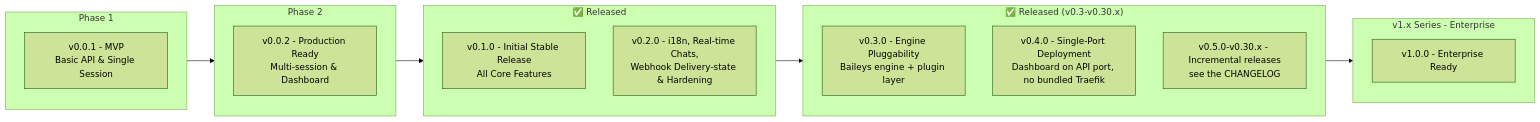
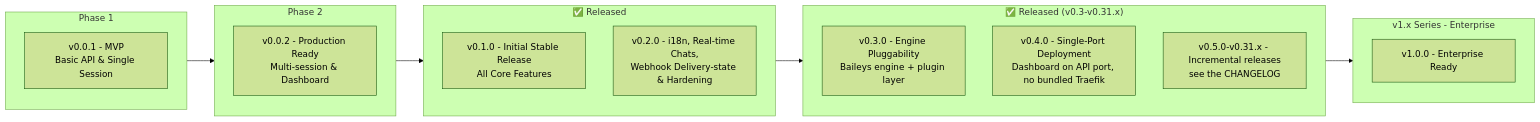
One commit to rmyndharis/OpenWA changed the sixth of 7 diagrams in docs/15-project-roadmap.md. Above: the diagram before and after it, drawn with Mermaid (forest theme). The commit also changed other lines of this file and 6 other files, not shown here.

````diff
--- a/docs/15-project-roadmap.md
+++ b/docs/15-project-roadmap.md
@@ -517,27 +517,27 @@
 ```mermaid
 flowchart LR
     subgraph Phase1["Phase 1"]
         V001[v0.0.1 - MVP<br/>Basic API & Single Session]
     end
 
     subgraph Phase2["Phase 2"]
         V002[v0.0.2 - Production Ready<br/>Multi-session & Dashboard]
     end
 
     subgraph Stable["✅ Released"]
         V010[v0.1.0 - Initial Stable Release<br/>All Core Features]
         V020[v0.2.0 - i18n, Real-time Chats,<br/>Webhook Delivery-state & Hardening]
     end
 
-    subgraph v0.x["✅ Released (v0.3-v0.30.x)"]
+    subgraph v0.x["✅ Released (v0.3-v0.31.x)"]
         V030[v0.3.0 - Engine Pluggability<br/>Baileys engine + plugin layer]
         V040[v0.4.0 - Single-Port Deployment<br/>Dashboard on API port, no bundled Traefik]
-        V011[v0.5.0-v0.30.x - Incremental releases<br/>see the CHANGELOG]
+        V011[v0.5.0-v0.31.x - Incremental releases<br/>see the CHANGELOG]
     end
 
     subgraph v1.x["v1.x Series - Enterprise"]
         V10[v1.0.0 - Enterprise Ready]
     end
 
     Phase1 --> Phase2 --> Stable --> v0.x --> v1.x
 ```
````
